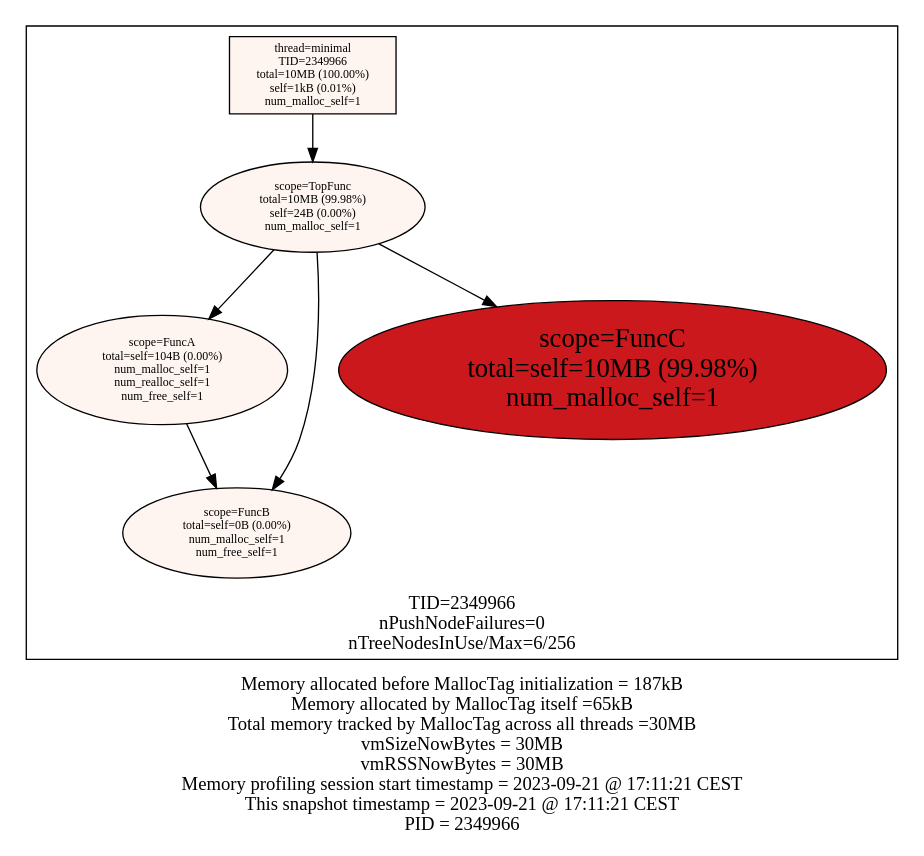
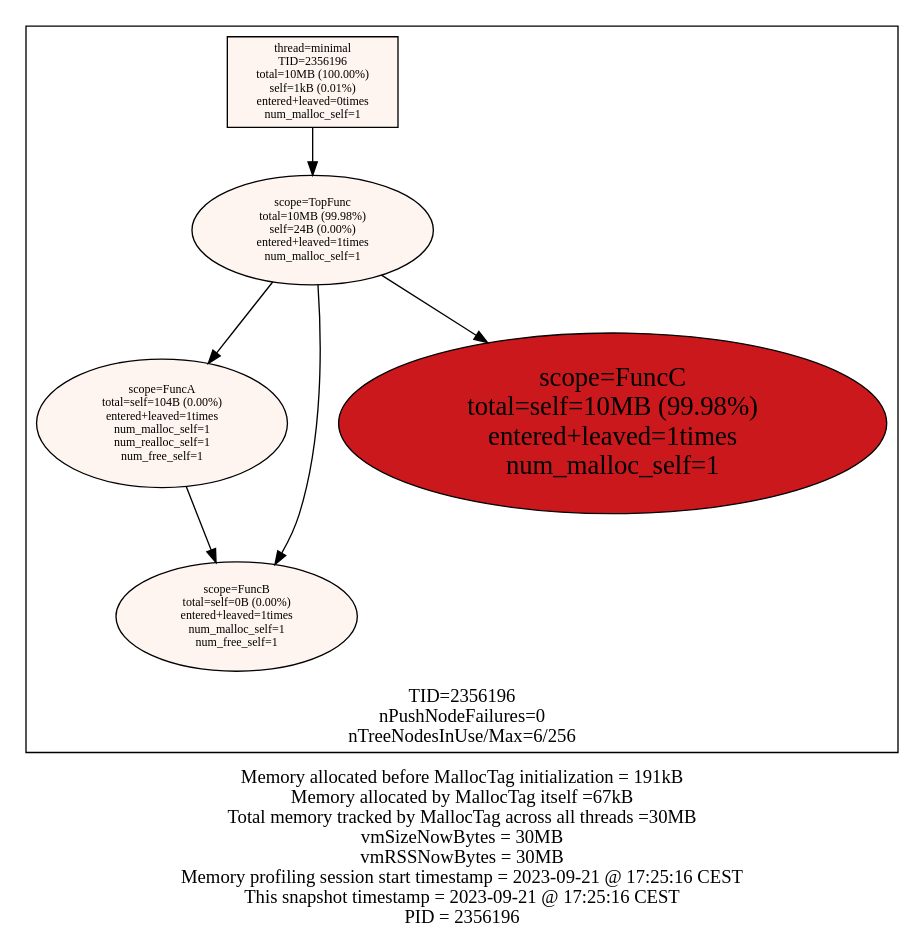
Before and after one commit to f18m/malloc-tag: the diagram in examples/minimal/minimal_stats.dot, drawn with Graphviz. The commit also changed 8 other files, not shown here.

```diff
--- a/examples/minimal/minimal_stats.dot
+++ b/examples/minimal/minimal_stats.dot
@@ -1,22 +1,22 @@
 digraph MallocTree {
  node [colorscheme=reds9 style=filled]
- subgraph cluster_TID2349966 {
+ subgraph cluster_TID2356196 {
   node [colorscheme=reds9 style=filled]
   labelloc="b"
-  label="TID=2349966\nnPushNodeFailures=0\nnTreeNodesInUse/Max=6/256\n"
-  "2349966_minimal" [label="thread=minimal\nTID=2349966\ntotal=10MB (100.00%)\nself=1kB (0.01%)\nnum_malloc_self=1" shape=box fillcolor=1 fontsize=9]
-  "2349966_minimal" -> "2349966_TopFunc"
-  "2349966_TopFunc" [label="scope=TopFunc\ntotal=10MB (99.98%)\nself=24B (0.00%)\nnum_malloc_self=1" fillcolor=1 fontsize=9]
-  "2349966_TopFunc" -> "2349966_FuncA"
-  "2349966_TopFunc" -> "2349966_FuncB"
-  "2349966_TopFunc" -> "2349966_FuncC"
-  "2349966_FuncA" [label="scope=FuncA\ntotal=self=104B (0.00%)\nnum_malloc_self=1\nnum_realloc_self=1\nnum_free_self=1" fillcolor=1 fontsize=9]
-  "2349966_FuncA" -> "2349966_FuncB"
-  "2349966_FuncB" [label="scope=FuncB\ntotal=self=0B (0.00%)\nnum_malloc_self=1\nnum_free_self=1" fillcolor=1 fontsize=9]
-  "2349966_FuncB" [label="scope=FuncB\ntotal=self=0B (0.00%)\nnum_malloc_self=1\nnum_free_self=1" fillcolor=1 fontsize=9]
-  "2349966_FuncC" [label="scope=FuncC\ntotal=self=10MB (99.98%)\nnum_malloc_self=1" fillcolor=7 fontsize=20]
+  label="TID=2356196\nnPushNodeFailures=0\nnTreeNodesInUse/Max=6/256\n"
+  "2356196_minimal" [label="thread=minimal\nTID=2356196\ntotal=10MB (100.00%)\nself=1kB (0.01%)\nentered+leaved=0times\nnum_malloc_self=1" shape=box fillcolor=1 fontsize=9]
+  "2356196_minimal" -> "2356196_TopFunc"
+  "2356196_TopFunc" [label="scope=TopFunc\ntotal=10MB (99.98%)\nself=24B (0.00%)\nentered+leaved=1times\nnum_malloc_self=1" fillcolor=1 fontsize=9]
+  "2356196_TopFunc" -> "2356196_FuncA"
+  "2356196_TopFunc" -> "2356196_FuncB"
+  "2356196_TopFunc" -> "2356196_FuncC"
+  "2356196_FuncA" [label="scope=FuncA\ntotal=self=104B (0.00%)\nentered+leaved=1times\nnum_malloc_self=1\nnum_realloc_self=1\nnum_free_self=1" fillcolor=1 fontsize=9]
+  "2356196_FuncA" -> "2356196_FuncB"
+  "2356196_FuncB" [label="scope=FuncB\ntotal=self=0B (0.00%)\nentered+leaved=1times\nnum_malloc_self=1\nnum_free_self=1" fillcolor=1 fontsize=9]
+  "2356196_FuncB" [label="scope=FuncB\ntotal=self=0B (0.00%)\nentered+leaved=1times\nnum_malloc_self=1\nnum_free_self=1" fillcolor=1 fontsize=9]
+  "2356196_FuncC" [label="scope=FuncC\ntotal=self=10MB (99.98%)\nentered+leaved=1times\nnum_malloc_self=1" fillcolor=7 fontsize=20]
  }
 
  labelloc="b"
- label="Memory allocated before MallocTag initialization = 187kB\nMemory allocated by MallocTag itself =65kB\nTotal memory tracked by MallocTag across all threads =30MB\nvmSizeNowBytes = 30MB\nvmRSSNowBytes = 30MB\nMemory profiling session start timestamp = 2023-09-21 @ 17:11:21 CEST\nThis snapshot timestamp = 2023-09-21 @ 17:11:21 CEST\nPID = 2349966\n"
+ label="Memory allocated before MallocTag initialization = 191kB\nMemory allocated by MallocTag itself =67kB\nTotal memory tracked by MallocTag across all threads =30MB\nvmSizeNowBytes = 30MB\nvmRSSNowBytes = 30MB\nMemory profiling session start timestamp = 2023-09-21 @ 17:25:16 CEST\nThis snapshot timestamp = 2023-09-21 @ 17:25:16 CEST\nPID = 2356196\n"
 }
```
